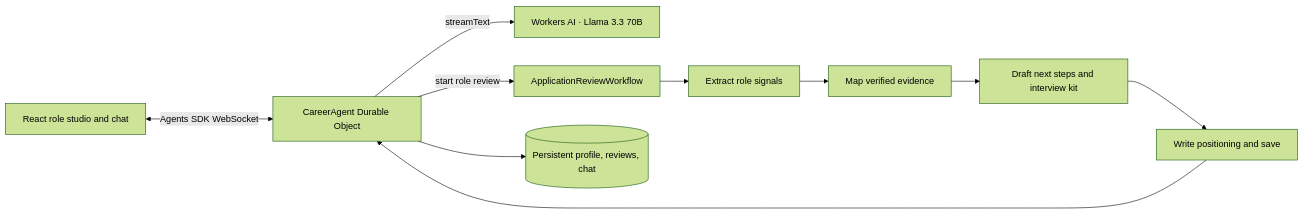
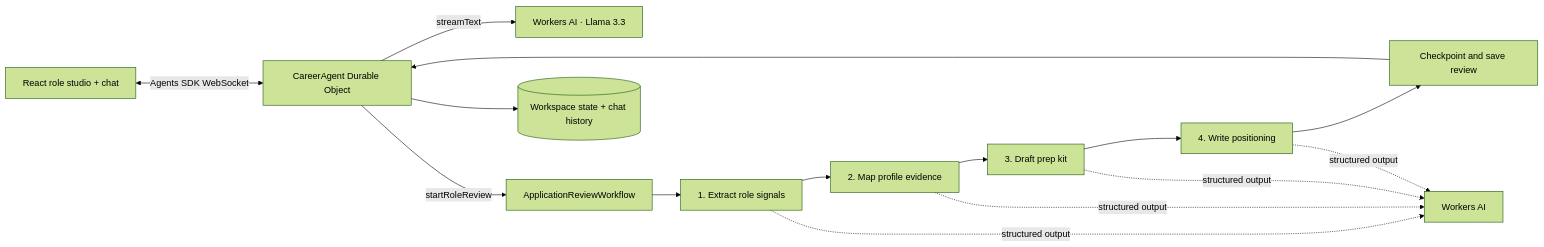
One commit to outboxer005/cloudflare-reachout changed the diagram in README.md. Above: the diagram before and after it, drawn with Mermaid (forest theme). The commit also changed other lines of this file, not shown here.

Commit message:
Write detailed icon-led project README

````diff
--- a/README.md
+++ b/README.md
@@ -32,12 +32,17 @@
 ```mermaid
 flowchart LR
-  UI[React role studio and chat] <-->|Agents SDK WebSocket| Agent[CareerAgent Durable Object]
-  Agent -->|streamText| AI[Workers AI · Llama 3.3 70B]
-  Agent -->|start role review| WF[ApplicationReviewWorkflow]
-  WF --> S1[Extract role signals]
-  S1 --> S2[Map verified evidence]
-  S2 --> S3[Draft next steps and interview kit]
-  S3 --> S4[Write positioning and save]
-  S4 --> Agent
-  Agent --> State[(Persistent profile, reviews, chat)]
+  Browser[React role studio + chat] <-->|Agents SDK WebSocket| Agent[CareerAgent Durable Object]
+  Agent -->|streamText| ChatAI[Workers AI · Llama 3.3]
+  Agent -->|startRoleReview| Workflow[ApplicationReviewWorkflow]
+  Workflow --> Step1[1. Extract role signals]
+  Step1 --> Step2[2. Map profile evidence]
+  Step2 --> Step3[3. Draft prep kit]
+  Step3 --> Step4[4. Write positioning]
+  Step4 --> Save[Checkpoint and save review]
+  Save --> Agent
+  Agent --> Storage[(Workspace state + chat history)]
+  Step1 -. structured output .-> ReviewAI[Workers AI]
+  Step2 -. structured output .-> ReviewAI
+  Step3 -. structured output .-> ReviewAI
+  Step4 -. structured output .-> ReviewAI
 ```
````
